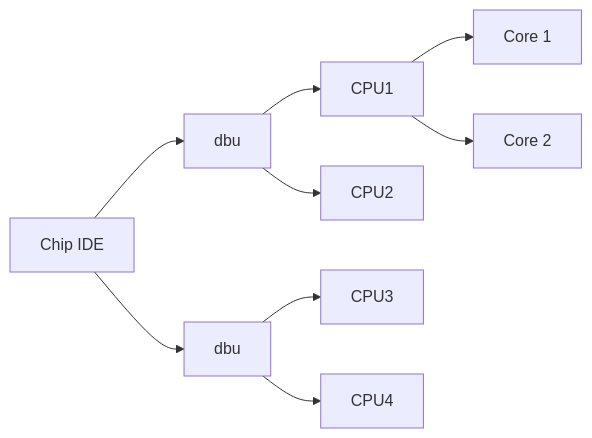
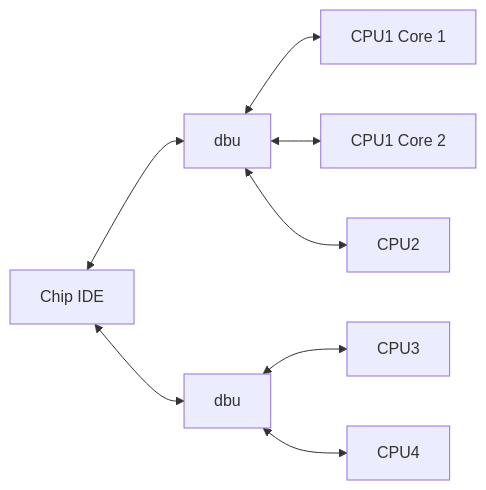
Before and after one commit to brucebiotech/splice: the diagram in README.md, drawn with Mermaid.

````diff
--- a/README.md
+++ b/README.md
@@ -8,20 +8,20 @@
 ```mermaid
 graph LR;
  ide["Chip IDE"]
  dbu1["dbu"]
  dbu2["dbu"]
- CPU1
-  c1["Core 1"]
-  c2["Core 2"]
+
+  c1["CPU1 Core 1"]
+  c2["CPU1 Core 2"]
  CPU2
  CPU3
  CPU4
- ide --> dbu1
- dbu1 --> CPU1
- CPU1 --> c1
- CPU1 --> c2
- dbu1 --> CPU2
- ide --> dbu2
- dbu2 --> CPU3
- dbu2 --> CPU4
+ ide <--> dbu1
+
+ dbu1 <--> c1
+ dbu1 <--> c2
+ dbu1 <--> CPU2
+ ide <--> dbu2
+ dbu2 <--> CPU3
+ dbu2 <--> CPU4
 ```
````
